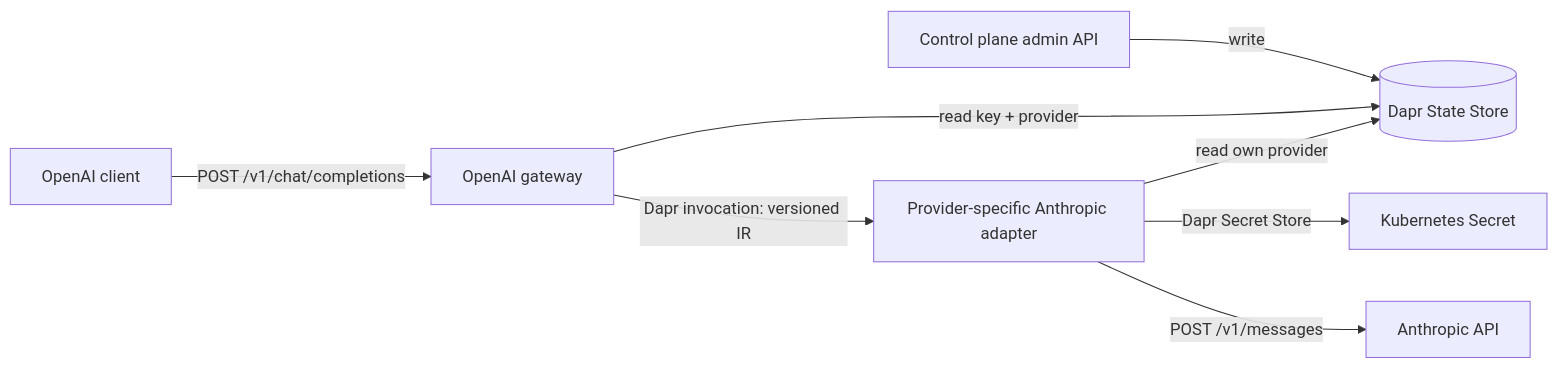
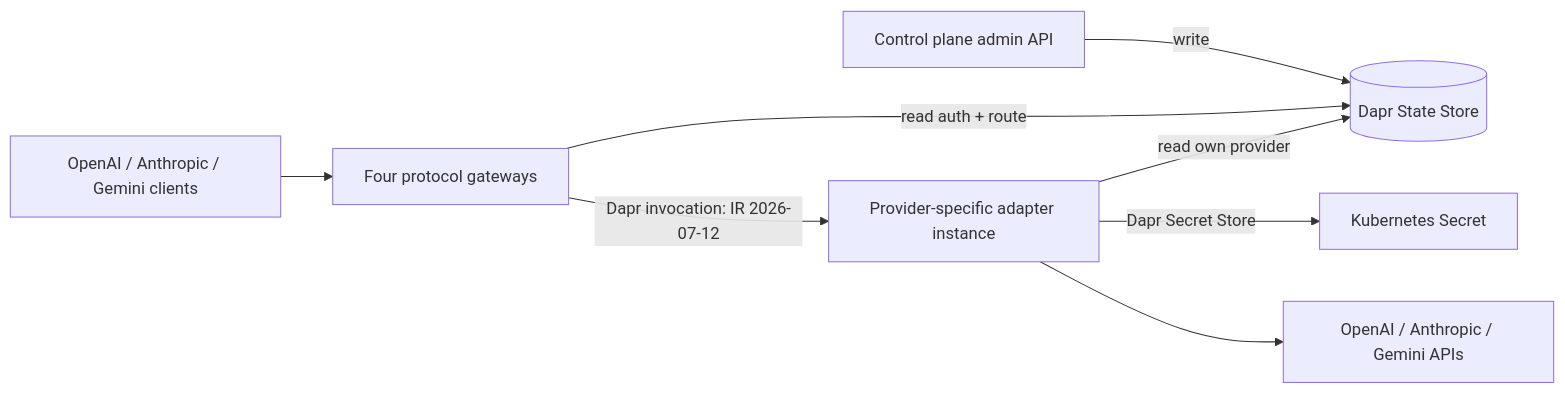
The diagram in README.md (Albe83/gwai), drawn with Mermaid before and after one commit. The commit also changed other lines of this file and 73 other files, not shown here.

Commit message:
feat(protocols): add decoupled multi-protocol gateways (#5)

````diff
--- a/README.md
+++ b/README.md
@@ -35,10 +30,10 @@
 ```mermaid
 flowchart LR
-    Client[OpenAI client] -->|POST /v1/chat/completions| Gateway[OpenAI gateway]
+    Clients[OpenAI / Anthropic / Gemini clients] --> Gateways[Four protocol gateways]
     CP[Control plane admin API] -->|write| State[(Dapr State Store)]
-    Gateway -->|read key + provider| State
-    Gateway -->|Dapr invocation: versioned IR| Adapter[Provider-specific Anthropic adapter]
-    Adapter -->|read own provider| State
-    Adapter -->|Dapr Secret Store| Secrets[Kubernetes Secret]
-    Adapter -->|POST /v1/messages| Provider[Anthropic API]
+    Gateways -->|read auth + route| State
+    Gateways -->|Dapr invocation: IR 2026-07-12| Adapters[Provider-specific adapter instance]
+    Adapters -->|read own provider| State
+    Adapters -->|Dapr Secret Store| Secrets[Kubernetes Secret]
+    Adapters --> Providers[OpenAI / Anthropic / Gemini APIs]
 ```
````
